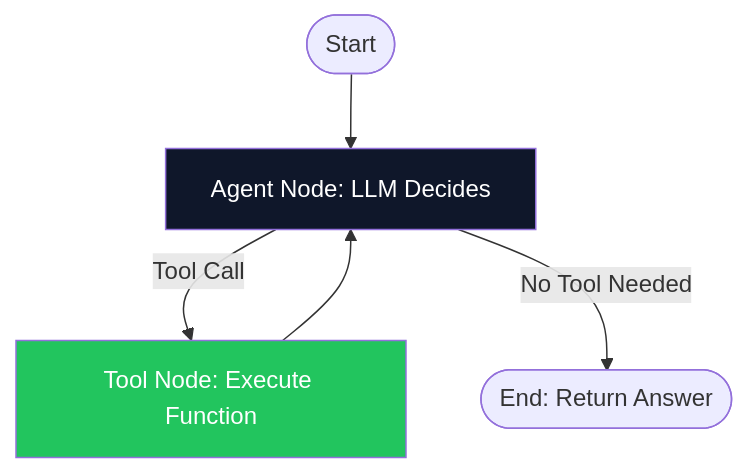
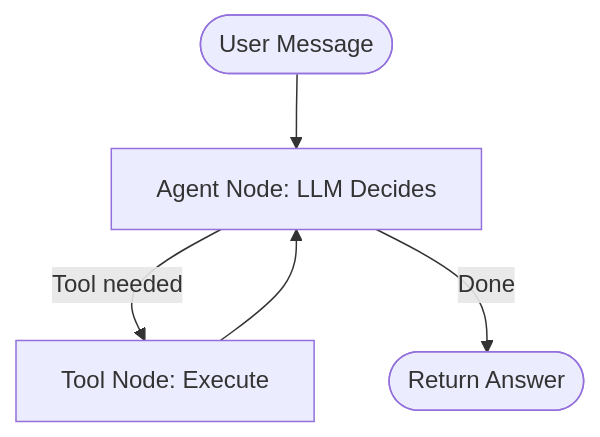
The diagram in Agentic_AI/06-frameworks.md (YoussefAshraf711/Wiki), drawn with Mermaid before and after one commit. The commit also changed other lines of this file and 6 other files, not shown here.

````diff
--- a/Agentic_AI/06-frameworks.md
+++ b/Agentic_AI/06-frameworks.md
@@ -29,10 +50,7 @@
 ```mermaid
 graph TD
-    Start([Start]) --> Agent[Agent Node: LLM Decides]
-    Agent -->|Tool Call| Tools[Tool Node: Execute Function]
-    Agent -->|No Tool Needed| End([End: Return Answer])
+    Start([User Message]) --> Agent
+    Agent[Agent Node: LLM Decides] -->|Tool needed| Tools[Tool Node: Execute]
+    Agent -->|Done| End([Return Answer])
     Tools --> Agent
-    
-    style Agent fill:#0F172A,color:#fff
-    style Tools fill:#22c55e,color:#fff
 ```
````
